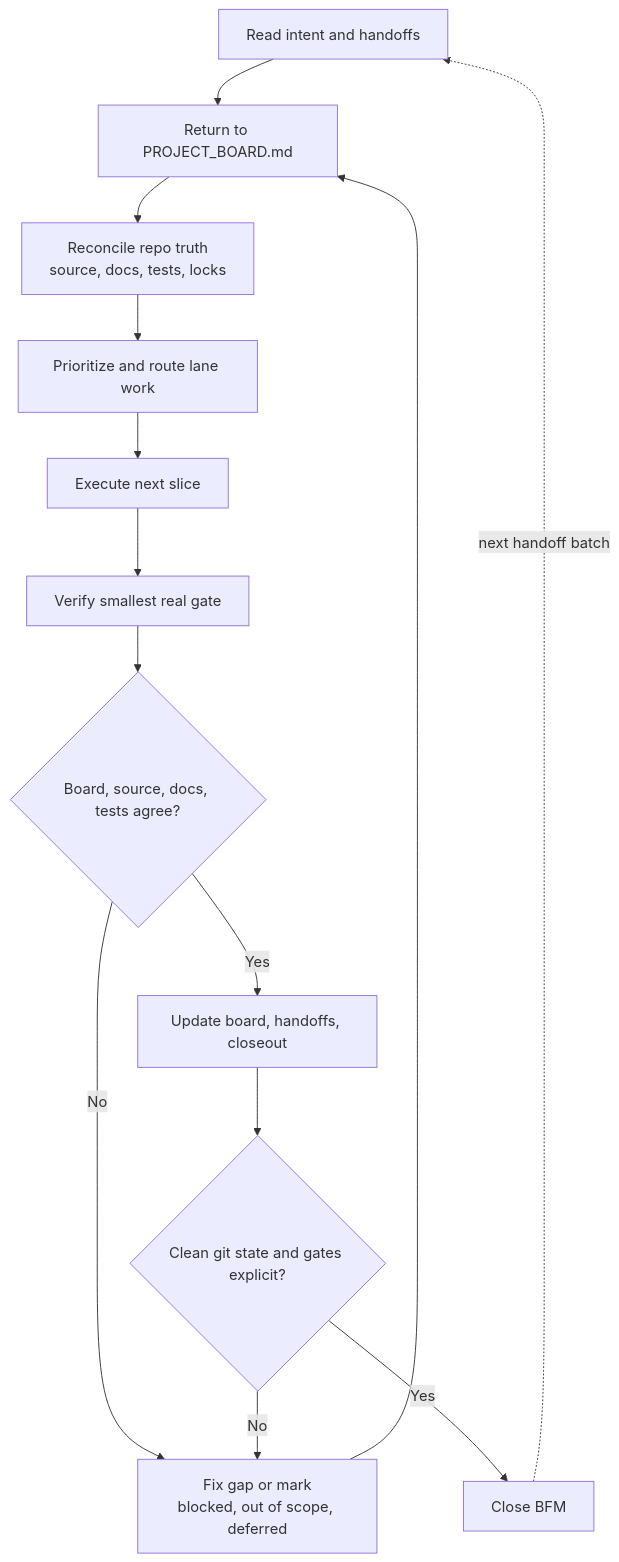
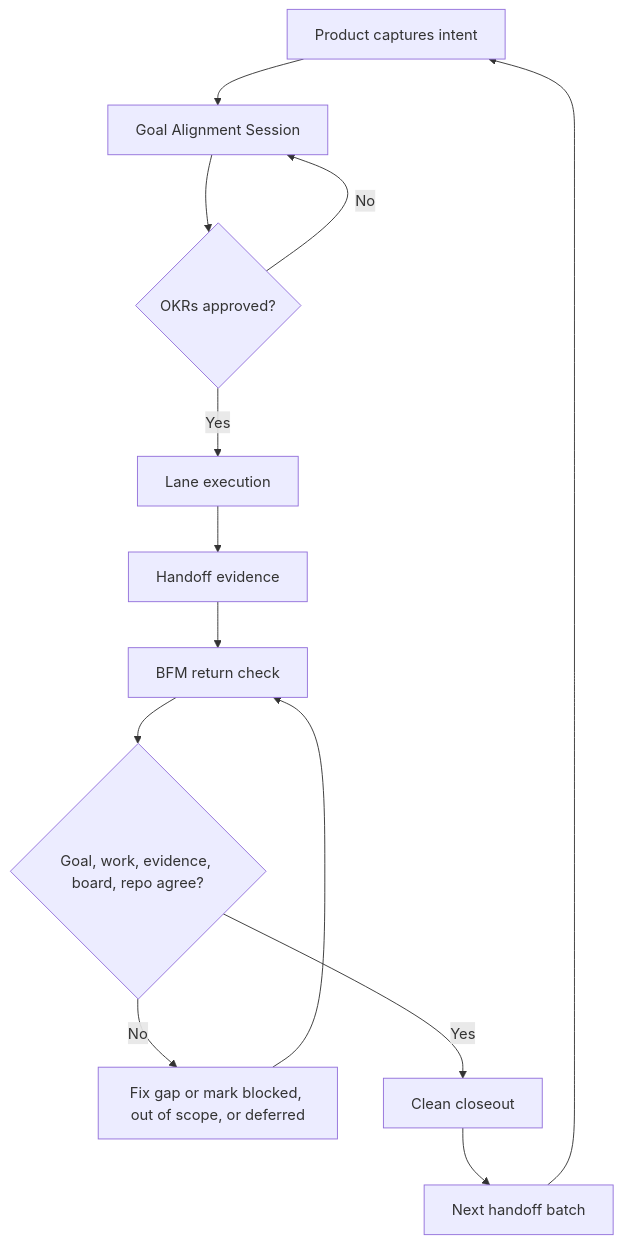
One commit to friedbeef1/fb-lane-coordination changed the diagram in README.md. Above: the diagram before and after it, drawn with Mermaid. The commit also changed other lines of this file and 10 other files, not shown here.

````diff
--- a/README.md
+++ b/README.md
@@ -96,16 +39,15 @@
 ```mermaid
 flowchart TD
-    A["Read intent and handoffs"] --> B["Return to PROJECT_BOARD.md"]
-    B --> C["Reconcile repo truth<br/>source, docs, tests, locks"]
-    C --> D["Prioritize and route lane work"]
-    D --> E["Execute next slice"]
-    E --> F["Verify smallest real gate"]
-    F --> G{"Board, source, docs, tests agree?"}
-    G -- "No" --> H["Fix gap or mark<br/>blocked, out of scope, deferred"]
-    H --> B
-    G -- "Yes" --> I["Update board, handoffs, closeout"]
-    I --> J{"Clean git state and gates explicit?"}
-    J -- "No" --> H
-    J -- "Yes" --> K["Close BFM"]
-    K -. "next handoff batch" .-> A
+    A["Product captures intent"] --> B["Goal Alignment Session"]
+    B --> C{"OKRs approved?"}
+    C -- "No" --> B
+    C -- "Yes" --> D["Lane execution"]
+    D --> E["Handoff evidence"]
+    E --> F["BFM return check"]
+    F --> G{"Goal, work, evidence, board, repo agree?"}
+    G -- "No" --> H["Fix gap or mark blocked, out of scope, or deferred"]
+    H --> F
+    G -- "Yes" --> I["Clean closeout"]
+    I --> J["Next handoff batch"]
+    J --> A
 ```
````
